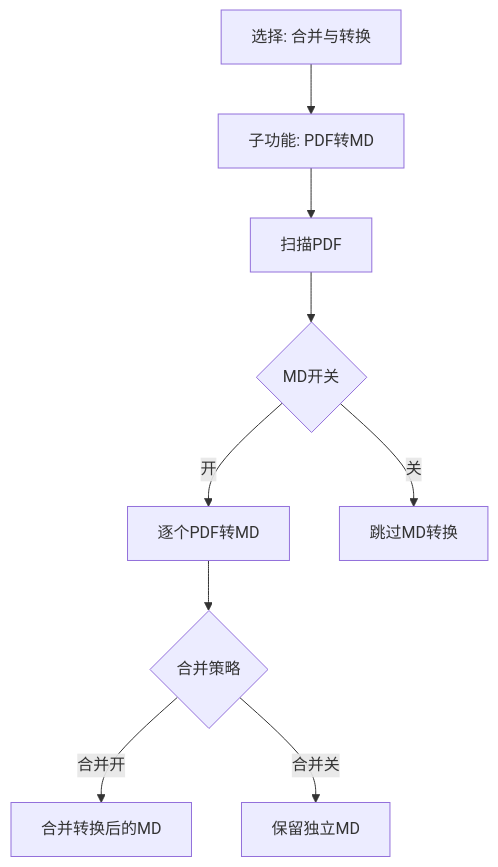
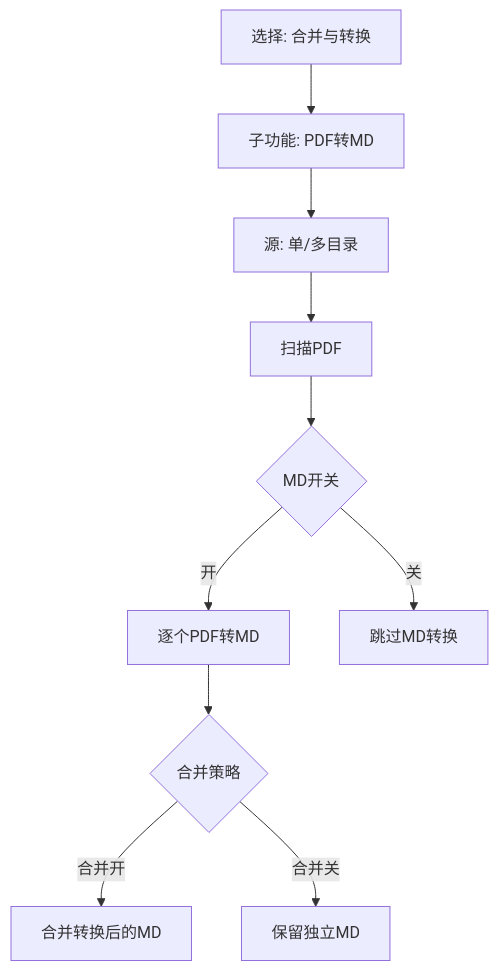
Before and after one commit to ts721521/ZhiWei2026: the fourth of 7 diagrams in 2026/使用说明书.md, drawn with Mermaid. The commit also changed other lines of this file and 10 other files, not shown here.

````diff
--- a/2026/使用说明书.md
+++ b/2026/使用说明书.md
@@ -432,11 +459,12 @@
 ```mermaid
 flowchart TD
   A[选择: 合并与转换] --> B[子功能: PDF转MD]
-  B --> C[扫描PDF]
+  B --> B2[源: 单/多目录]
+  B2 --> C[扫描PDF]
   C --> D{MD开关}
   D -->|开| E[逐个PDF转MD]
   D -->|关| F[跳过MD转换]
   E --> G{合并策略}
   G -->|合并开| H[合并转换后的MD]
   G -->|合并关| I[保留独立MD]
 ```
````
